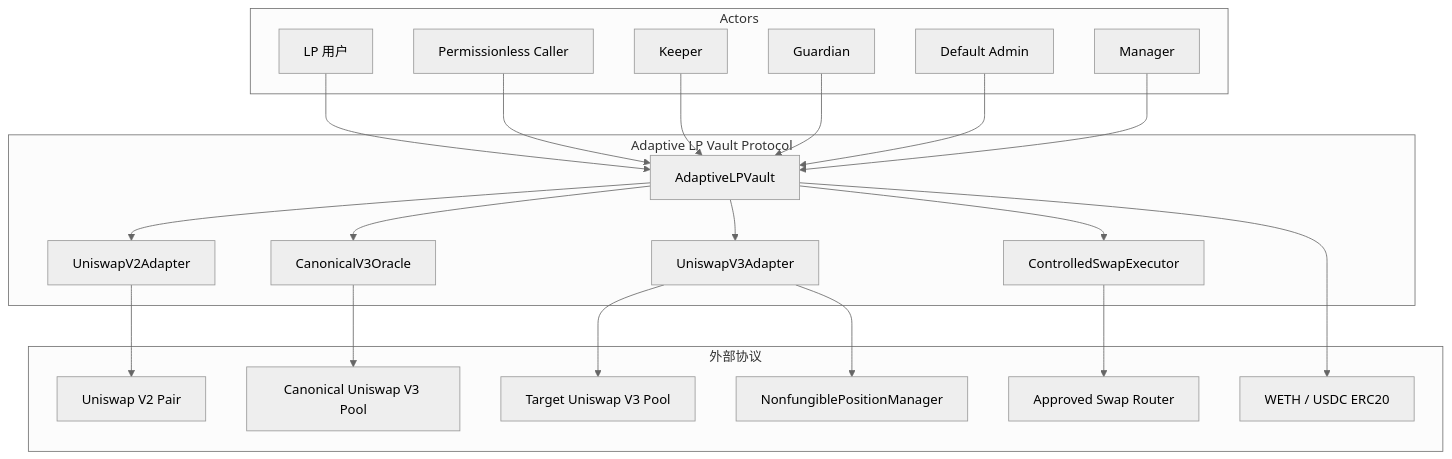
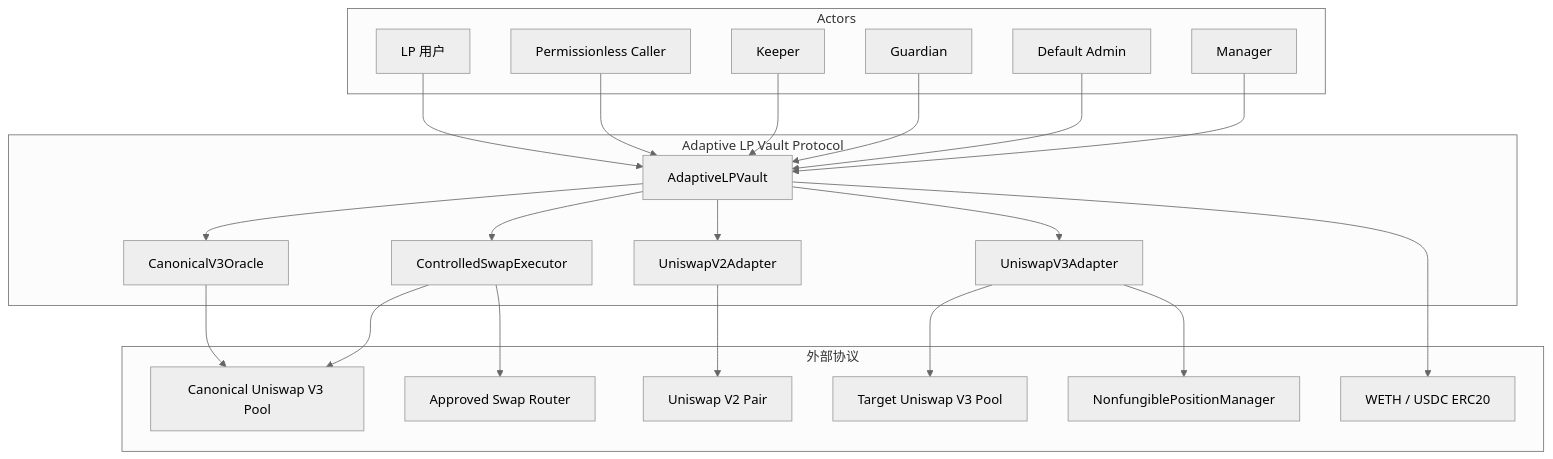
The first of 10 diagrams in ARCHITECTURE.md (GGHansome/Adaptive-LP-Vault), drawn with Mermaid (neutral theme) before and after one commit. The commit also changed other lines of this file and 4 other files, not shown here.

````diff
--- a/ARCHITECTURE.md
+++ b/ARCHITECTURE.md
@@ -22,45 +23,46 @@
 ```mermaid
 flowchart TB
     subgraph Actors
         LP[LP 用户]
         Caller[Permissionless Caller]
         Keeper[Keeper]
         Guardian[Guardian]
         DefaultAdmin[Default Admin]
         Manager[Manager]
     end
 
     subgraph Protocol[Adaptive LP Vault Protocol]
         Vault[AdaptiveLPVault]
         Oracle[CanonicalV3Oracle]
         Swap[ControlledSwapExecutor]
         V2Adapter[UniswapV2Adapter]
         V3Adapter[UniswapV3Adapter]
     end
 
     subgraph External[外部协议]
         V2Pair[Uniswap V2 Pair]
         V3Pool[Canonical Uniswap V3 Pool]
         V3Venue[Target Uniswap V3 Pool]
         PositionManager[NonfungiblePositionManager]
         Router[Approved Swap Router]
         ERC20[WETH / USDC ERC20]
     end
 
     LP --> Vault
     Caller --> Vault
     Keeper --> Vault
     Guardian --> Vault
     DefaultAdmin --> Vault
     Manager --> Vault
     Vault --> Oracle
     Vault --> Swap
     Vault --> V2Adapter
     Vault --> V3Adapter
     V2Adapter --> V2Pair
     V3Adapter --> V3Venue
     V3Adapter --> PositionManager
     Oracle --> V3Pool
+    Swap --> V3Pool
     Swap --> Router
     Vault --> ERC20
 ```
````
